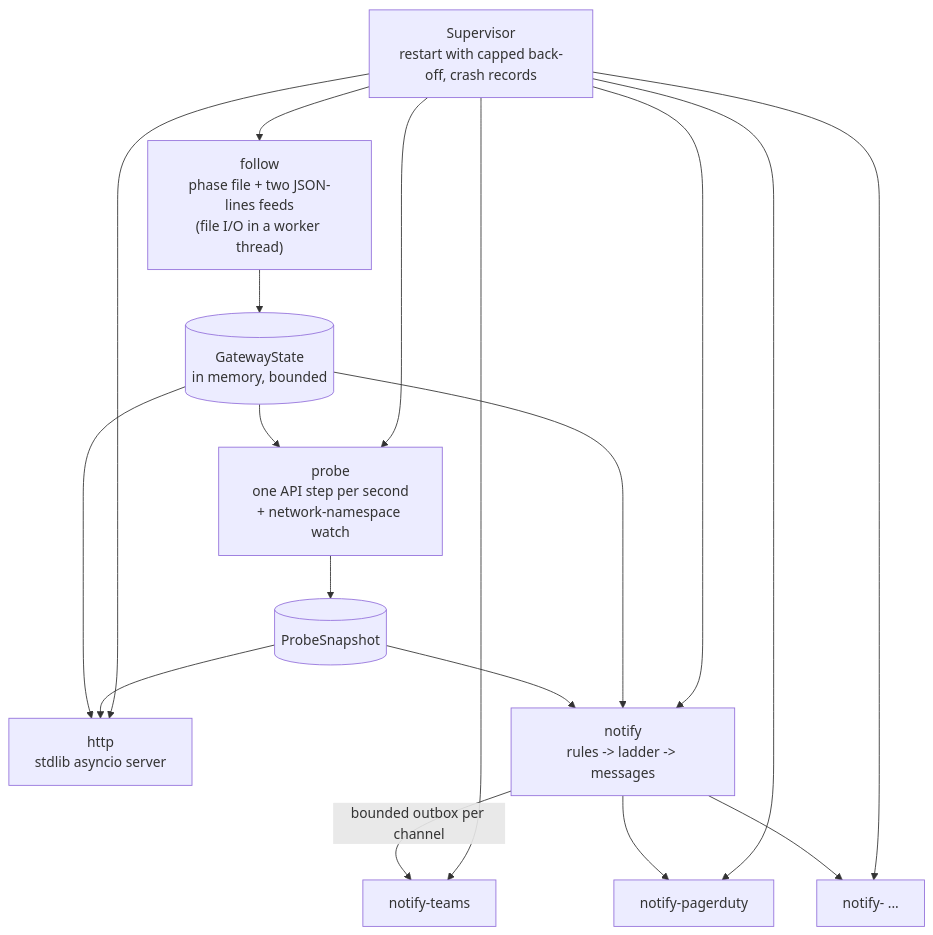
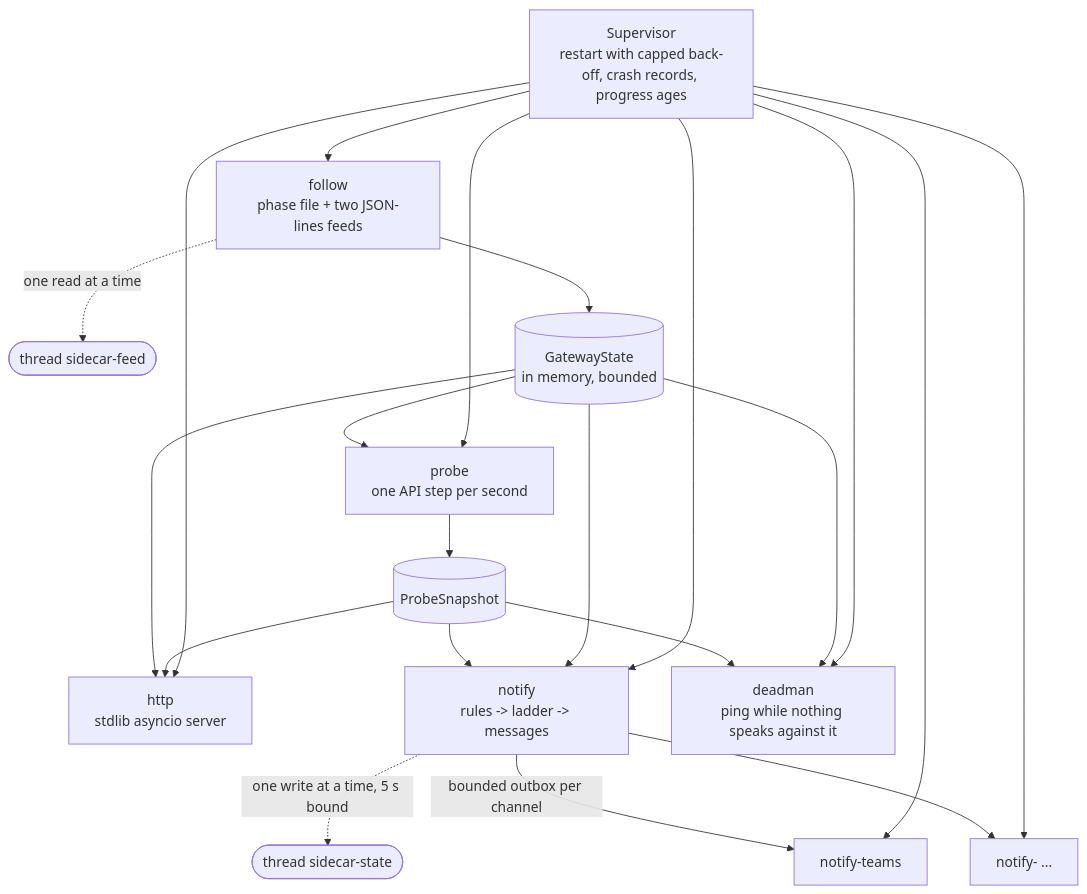
One commit to RocketEdge/brokersre-ib-gateway changed the second of 5 diagrams in docs/sidecar.md. Above: the diagram before and after it, drawn with Mermaid. The commit also changed other lines of this file and 5 other files, not shown here.

First line of the commit message:
docs(sidecar): document the own-network default, the dead-man ping, the windows

````diff
--- a/docs/sidecar.md
+++ b/docs/sidecar.md
@@ -38,21 +64,24 @@
 ```mermaid
 flowchart TB
-  sup["Supervisor<br/>restart with capped back-off, crash records"]
-  sup --> follow["follow<br/>phase file + two JSON-lines feeds<br/>(file I/O in a worker thread)"]
-  sup --> probe["probe<br/>one API step per second<br/>+ network-namespace watch"]
+  sup["Supervisor<br/>restart with capped back-off, crash records, progress ages"]
+  sup --> follow["follow<br/>phase file + two JSON-lines feeds"]
+  sup --> probe["probe<br/>one API step per second"]
   sup --> http["http<br/>stdlib asyncio server"]
   sup --> notify["notify<br/>rules -> ladder -> messages"]
   sup --> w1["notify-teams"]
-  sup --> w2["notify-pagerduty"]
   sup --> wn["notify-<channel> ..."]
+  sup --> deadman["deadman<br/>ping while nothing speaks against it"]
+  follow -. "one read at a time" .-> feedthread(["thread sidecar-feed"])
+  notify -. "one write at a time, 5 s bound" .-> statethread(["thread sidecar-state"])
   follow --> model[("GatewayState<br/>in memory, bounded")]
   model --> probe
   model --> notify
+  model --> deadman
   probe --> psnap[("ProbeSnapshot")]
   psnap --> notify
+  psnap --> deadman
   psnap --> http
   model --> http
   notify -- "bounded outbox per channel" --> w1
-  notify --> w2
   notify --> wn
 ```
````
